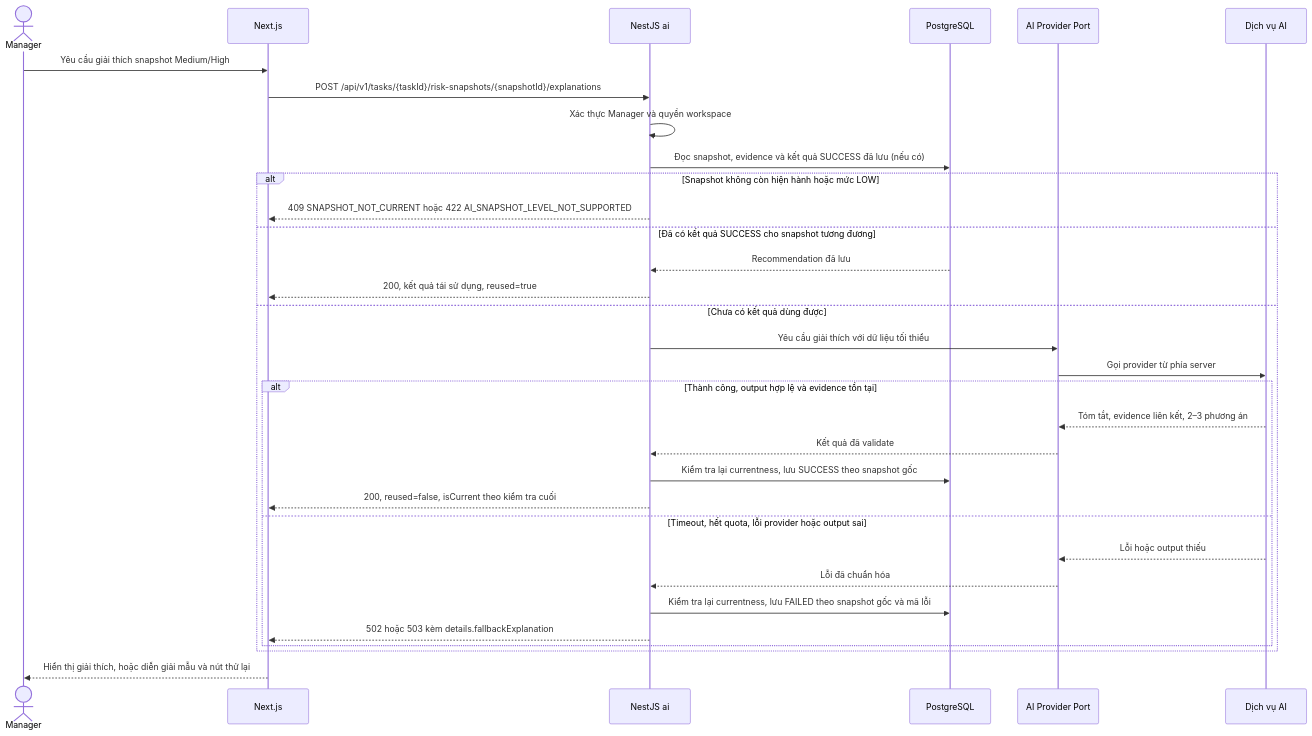
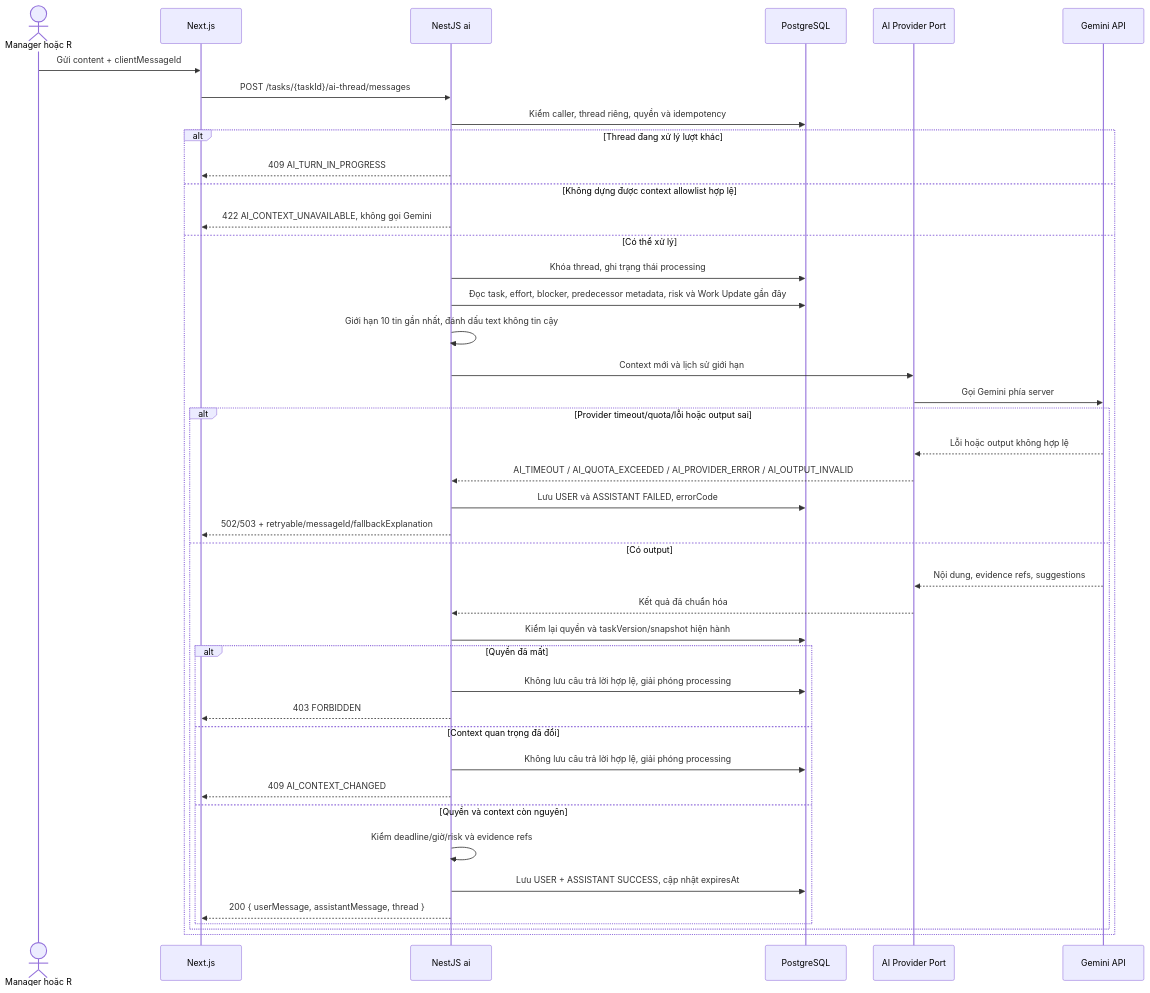
Before and after one commit to KhoiTran2905/CWRM-platform: the fourth of 4 diagrams in docs/architecture/CWRM-11_Architecture.md, drawn with Mermaid. The commit also changed other lines of this file and 3 other files, not shown here.

````diff
--- a/docs/architecture/CWRM-11_Architecture.md
+++ b/docs/architecture/CWRM-11_Architecture.md
@@ -301,35 +295,45 @@
 ```mermaid
 sequenceDiagram
-    actor M as Manager
+    actor U as Manager hoặc R
     participant UI as Next.js
     participant API as NestJS ai
     participant DB as PostgreSQL
     participant PORT as AI Provider Port
-    participant EXT as Dịch vụ AI
+    participant GEMINI as Gemini API
 
-    M->>UI: Yêu cầu giải thích snapshot Medium/High
-    UI->>API: POST /api/v1/tasks/{taskId}/risk-snapshots/{snapshotId}/explanations
-    API->>API: Xác thực Manager và quyền workspace
-    API->>DB: Đọc snapshot, evidence và kết quả SUCCESS đã lưu (nếu có)
-    alt Snapshot không còn hiện hành hoặc mức LOW
-        API-->>UI: 409 SNAPSHOT_NOT_CURRENT hoặc 422 AI_SNAPSHOT_LEVEL_NOT_SUPPORTED
-    else Đã có kết quả SUCCESS cho snapshot tương đương
-        DB-->>API: Recommendation đã lưu
-        API-->>UI: 200, kết quả tái sử dụng, reused=true
-    else Chưa có kết quả dùng được
-        API->>PORT: Yêu cầu giải thích với dữ liệu tối thiểu
-        PORT->>EXT: Gọi provider từ phía server
-        alt Thành công, output hợp lệ và evidence tồn tại
-            EXT-->>PORT: Tóm tắt, evidence liên kết, 2–3 phương án
-            PORT-->>API: Kết quả đã validate
-            API->>DB: Kiểm tra lại currentness, lưu SUCCESS theo snapshot gốc
-            API-->>UI: 200, reused=false, isCurrent theo kiểm tra cuối
-        else Timeout, hết quota, lỗi provider hoặc output sai
-            EXT-->>PORT: Lỗi hoặc output thiếu
-            PORT-->>API: Lỗi đã chuẩn hóa
-            API->>DB: Kiểm tra lại currentness, lưu FAILED theo snapshot gốc và mã lỗi
-            API-->>UI: 502 hoặc 503 kèm details.fallbackExplanation
+    U->>UI: Gửi content + clientMessageId
+    UI->>API: POST /tasks/{taskId}/ai-thread/messages
+    API->>DB: Kiểm caller, thread riêng, quyền và idempotency
+    alt Thread đang xử lý lượt khác
+        API-->>UI: 409 AI_TURN_IN_PROGRESS
+    else Không dựng được context allowlist hợp lệ
+        API-->>UI: 422 AI_CONTEXT_UNAVAILABLE, không gọi Gemini
+    else Có thể xử lý
+        API->>DB: Khóa thread, ghi trạng thái processing
+        API->>DB: Đọc task, effort, blocker, predecessor metadata, risk và Work Update gần đây
+        API->>API: Giới hạn 10 tin gần nhất, đánh dấu text không tin cậy
+        API->>PORT: Context mới và lịch sử giới hạn
+        PORT->>GEMINI: Gọi Gemini phía server
+        alt Provider timeout/quota/lỗi hoặc output sai
+            GEMINI-->>PORT: Lỗi hoặc output không hợp lệ
+            PORT-->>API: AI_TIMEOUT / AI_QUOTA_EXCEEDED / AI_PROVIDER_ERROR / AI_OUTPUT_INVALID
+            API->>DB: Lưu USER và ASSISTANT FAILED, errorCode
+            API-->>UI: 502/503 + retryable/messageId/fallbackExplanation
+        else Có output
+            GEMINI-->>PORT: Nội dung, evidence refs, suggestions
+            PORT-->>API: Kết quả đã chuẩn hóa
+            API->>DB: Kiểm lại quyền và taskVersion/snapshot hiện hành
+            alt Quyền đã mất
+                API->>DB: Không lưu câu trả lời hợp lệ, giải phóng processing
+                API-->>UI: 403 FORBIDDEN
+            else Context quan trọng đã đổi
+                API->>DB: Không lưu câu trả lời hợp lệ, giải phóng processing
+                API-->>UI: 409 AI_CONTEXT_CHANGED
+            else Quyền và context còn nguyên
+                API->>API: Kiểm deadline/giờ/risk và evidence refs
+                API->>DB: Lưu USER + ASSISTANT SUCCESS, cập nhật expiresAt
+                API-->>UI: 200 { userMessage, assistantMessage, thread }
+            end
         end
     end
-    UI-->>M: Hiển thị giải thích, hoặc diễn giải mẫu và nút thử lại
 ```
````
